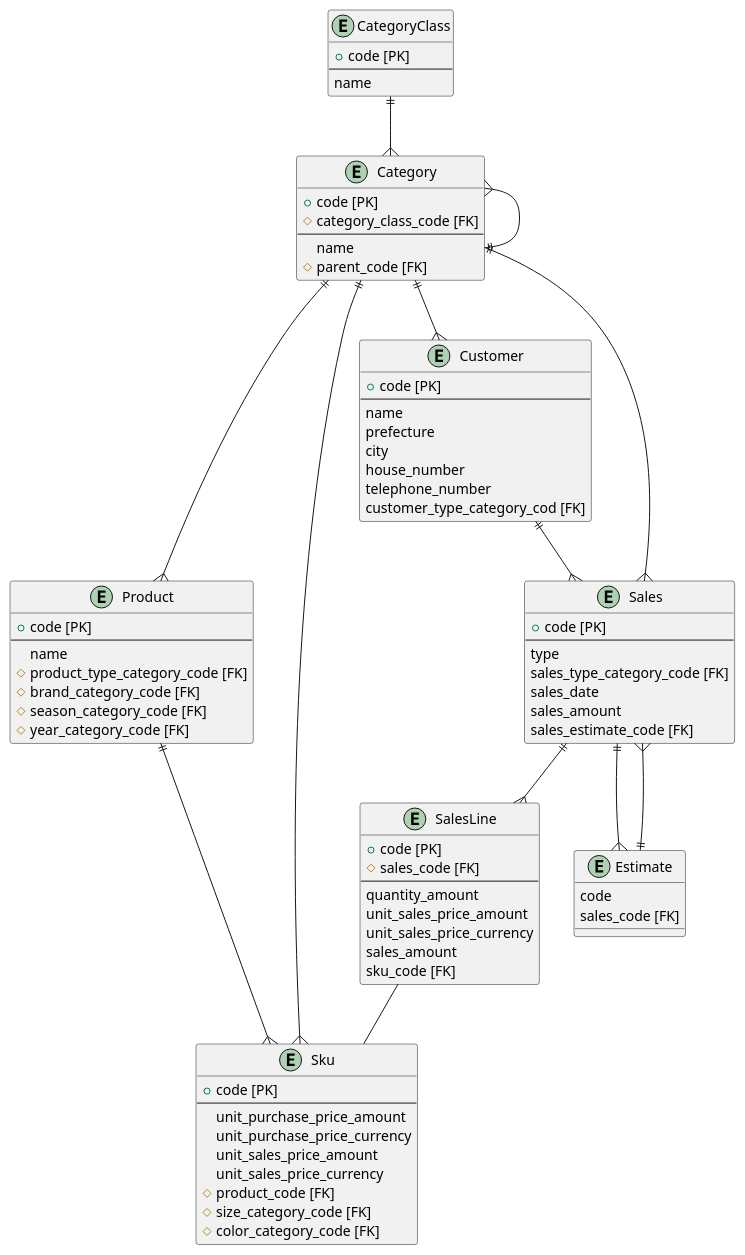
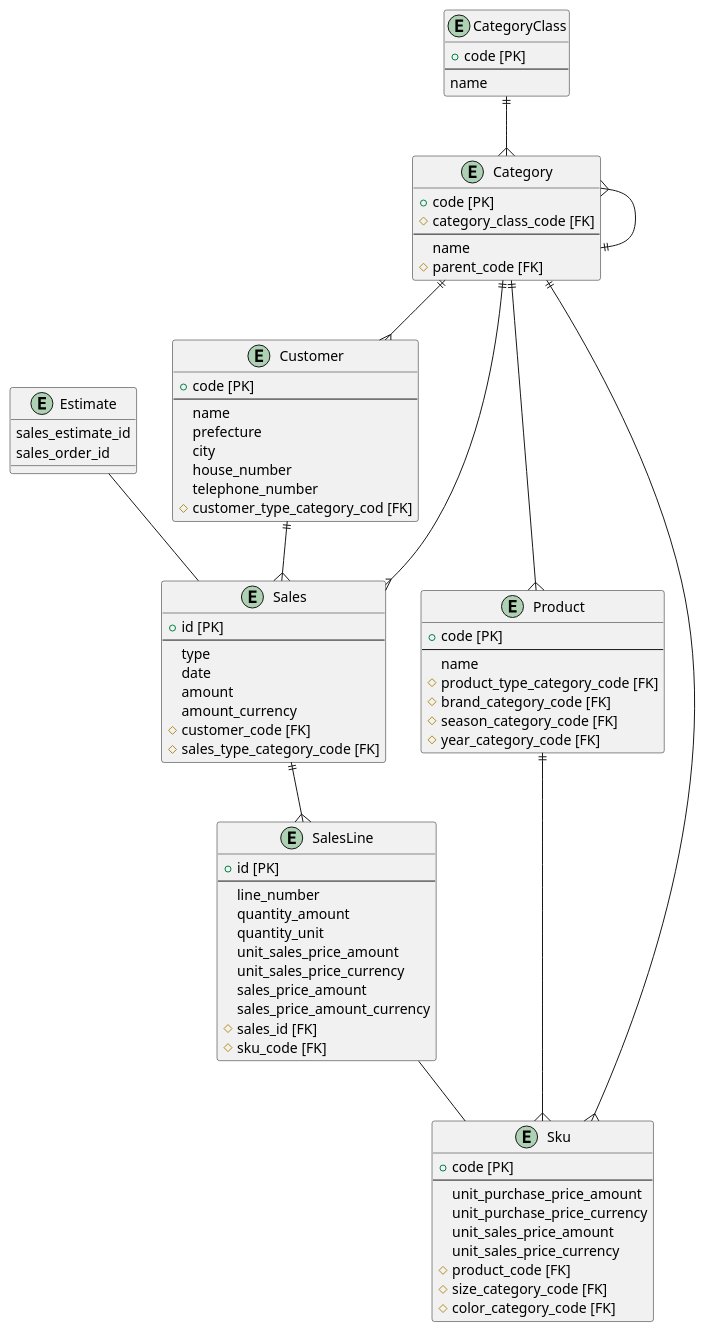
The seventh of 7 diagrams in docs/dev/sales_modeling/sales.md (k2works/etude_for_rails), drawn with PlantUML before and after one commit. The commit also changed 20 other files, not shown here.

````diff
--- a/docs/dev/sales_modeling/sales.md
+++ b/docs/dev/sales_modeling/sales.md
@@ -223,79 +223,82 @@
 ```puml
 entity Product {
   + code [PK]
   --
   name
   # product_type_category_code [FK]
   # brand_category_code [FK]    
   # season_category_code [FK]
   # year_category_code [FK]  
 }
 entity Sku {
   + code [PK]
   --
   unit_purchase_price_amount
   unit_purchase_price_currency
   unit_sales_price_amount
   unit_sales_price_currency        
   # product_code [FK]    
   # size_category_code [FK]
   # color_category_code [FK]  
 }
 entity Category {
   + code [PK]  
   # category_class_code [FK]    
   --
   name
   # parent_code [FK]    
 }
 entity CategoryClass {
   + code [PK]
   --
   name
 }
 entity Customer {
   + code [PK]
   --
   name
   prefecture
   city
   house_number  
   telephone_number
-  customer_type_category_cod [FK]
+  # customer_type_category_cod [FK]
 }
 entity Sales {
-  + code [PK]
+  + id [PK]
   --
   type
-  sales_type_category_code [FK]
-  sales_date
-  sales_amount
-  sales_estimate_code [FK]
+  date
+  amount
+  amount_currency
+  # customer_code [FK]
+  # sales_type_category_code [FK]  
 }
 entity SalesLine {
-  + code [PK]
-  # sales_code [FK]
+  + id [PK]
   --
+  line_number
   quantity_amount
+  quantity_unit
   unit_sales_price_amount
   unit_sales_price_currency
-  sales_amount
-  sku_code [FK]
+  sales_price_amount
+  sales_price_amount_currency
+  # sales_id [FK]    
+  # sku_code [FK]
 }
 entity Estimate {
-  code
-  sales_code [FK]  
+  sales_estimate_id
+  sales_order_id
 }
 CategoryClass ||-do-{ Category
-Estimate ||-do-{ Sales  
+Estimate -do- Sales
 Product ||-do-{ Sku
 Category ||-do-{ Sku
 Category }-do-|| Category
 Customer ||-do-{ Sales
 Sales ||-do-{ SalesLine
 SalesLine -do- Sku  
 Category ||-do-{ Sales
-Sales ||-do-{ Estimate
 Category||-do-{Product
 Category||-do-{Customer    
 ```
````
